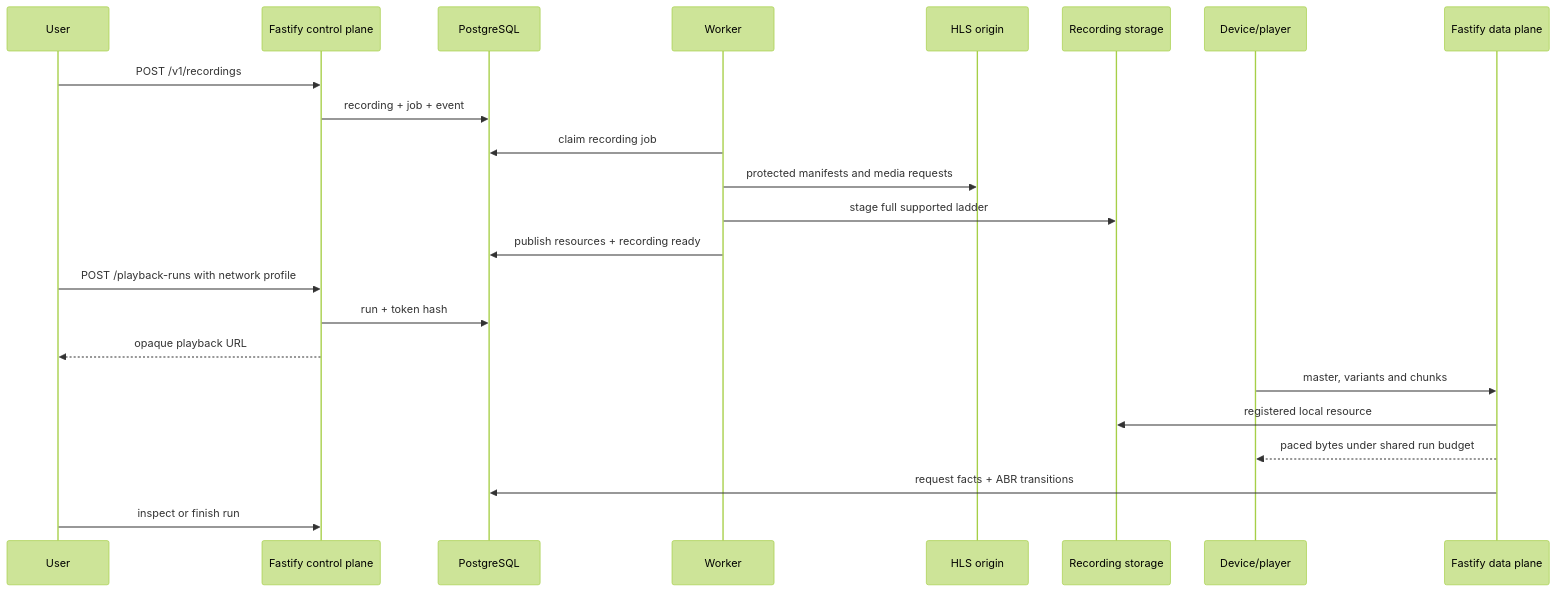
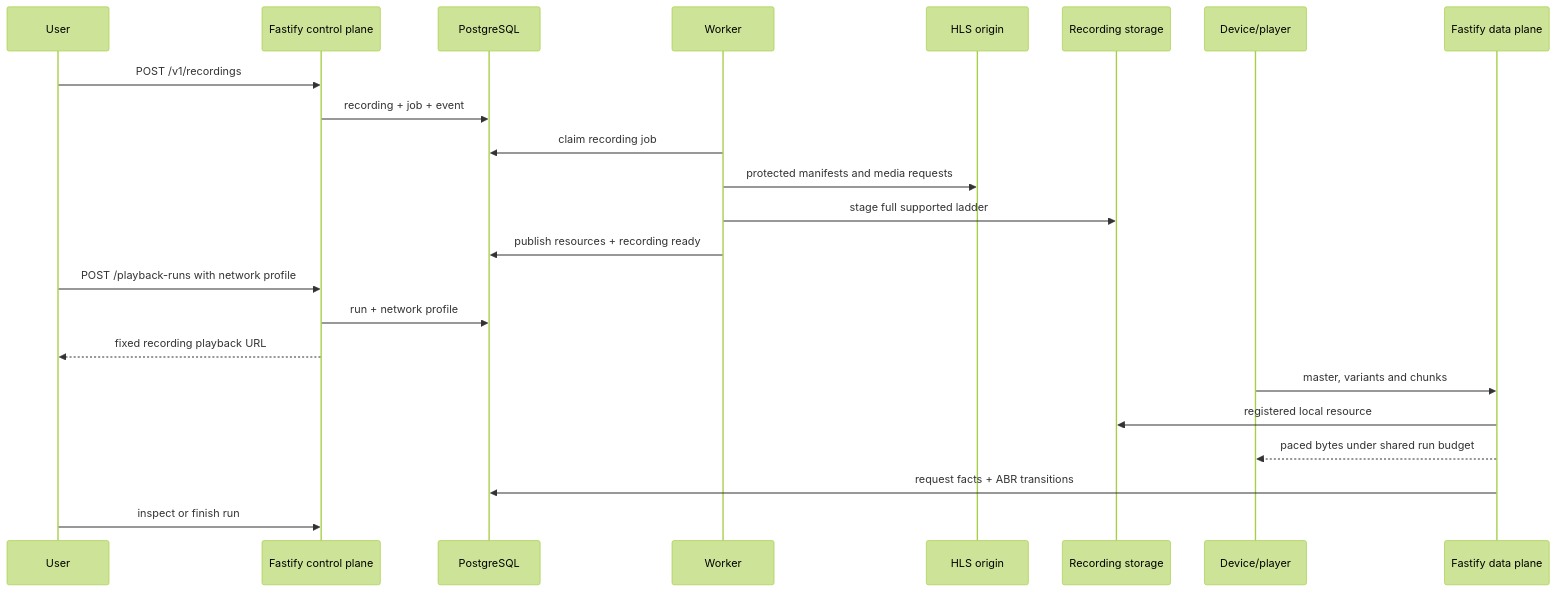
The fourth of 5 diagrams in docs/architecture/README.md (gugaio/videoharness), drawn with Mermaid (forest theme) before and after one commit. The commit also changed other lines of this file and 63 other files, not shown here.

````diff
--- a/docs/architecture/README.md
+++ b/docs/architecture/README.md
@@ -149,26 +156,26 @@
 ```mermaid
 sequenceDiagram
     participant U as User
     participant A as Fastify control plane
     participant D as PostgreSQL
     participant K as Worker
     participant O as HLS origin
     participant F as Recording storage
     participant P as Device/player
     participant S as Fastify data plane
 
     U->>A: POST /v1/recordings
     A->>D: recording + job + event
     K->>D: claim recording job
     K->>O: protected manifests and media requests
     K->>F: stage full supported ladder
     K->>D: publish resources + recording ready
     U->>A: POST /playback-runs with network profile
-    A->>D: run + token hash
-    A-->>U: opaque playback URL
+    A->>D: run + network profile
+    A-->>U: fixed recording playback URL
     P->>S: master, variants and chunks
     S->>F: registered local resource
     S-->>P: paced bytes under shared run budget
     S->>D: request facts + ABR transitions
     U->>A: inspect or finish run
 ```
````
